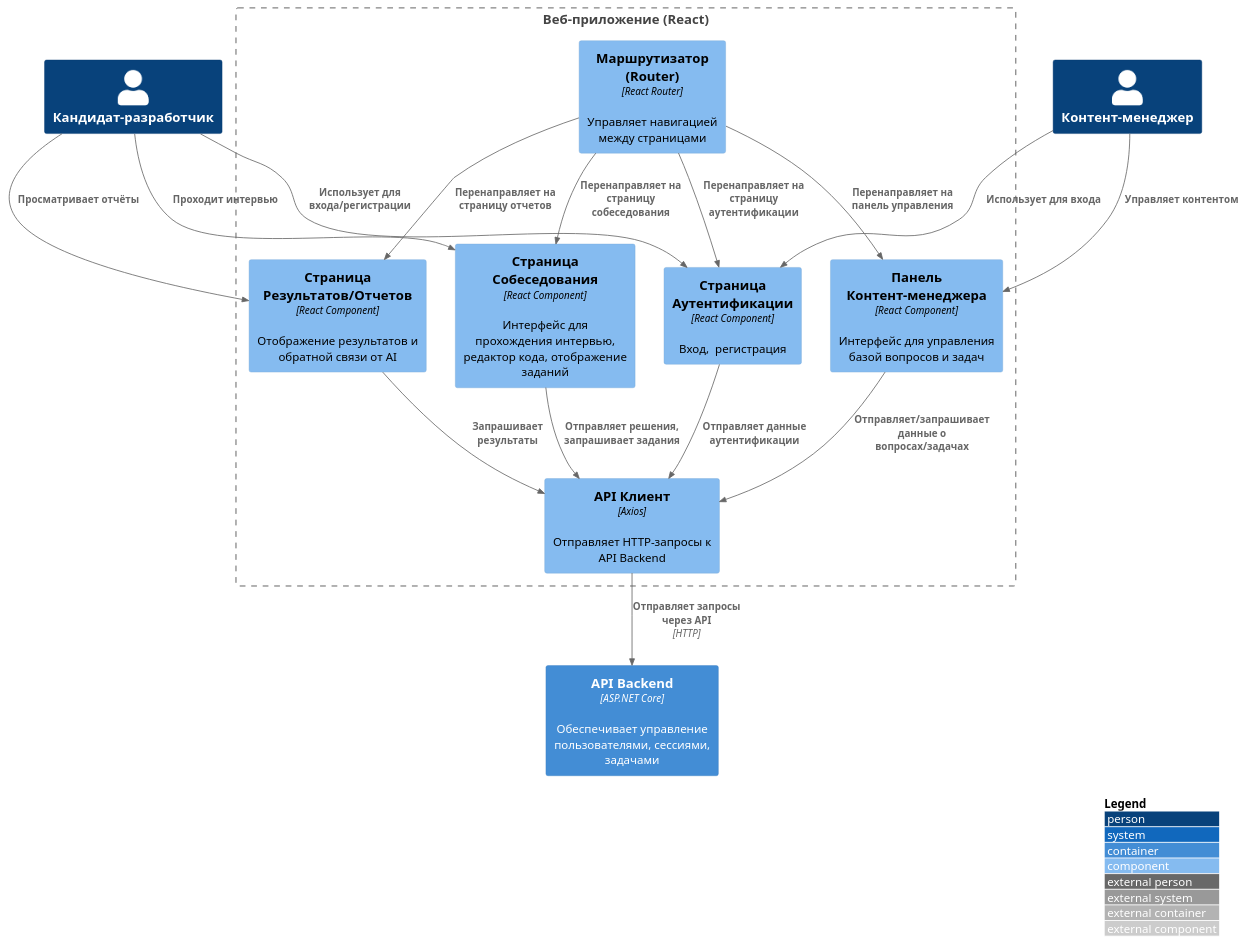
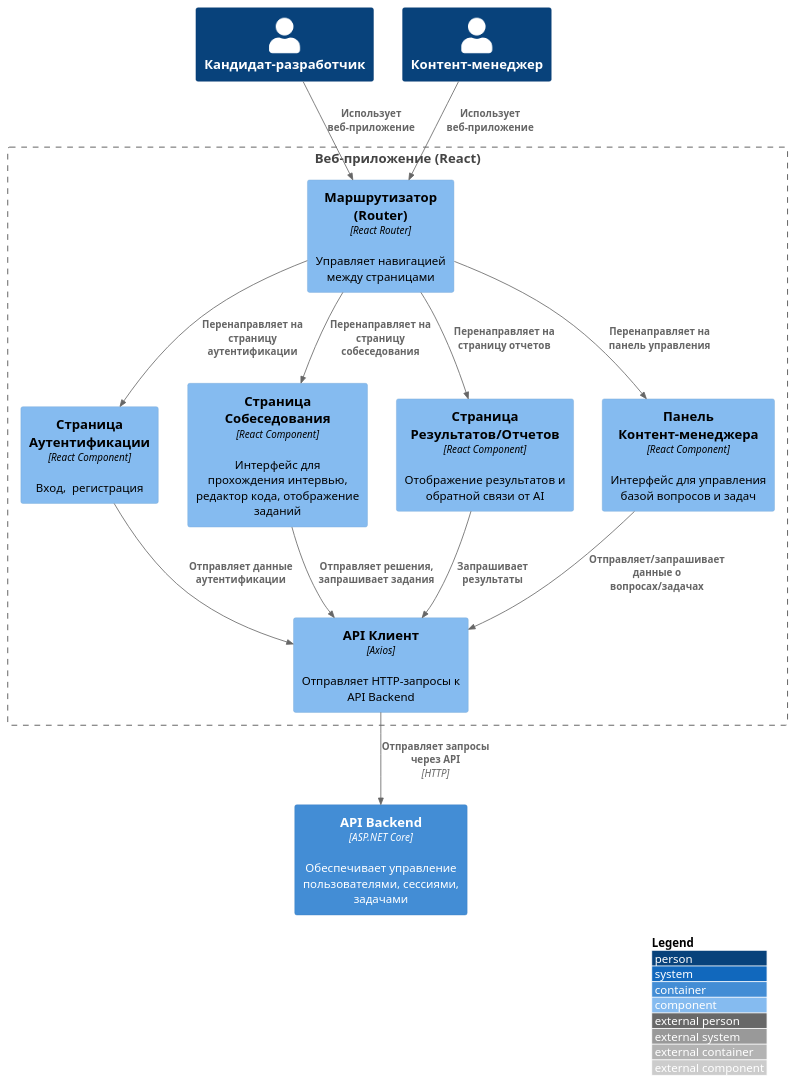
Before and after one commit to MLeontev/HSE_Architecture: the diagram in Lab Work №2/Docs/C4/Components/Frontend/components_frontend.puml, drawn with PlantUML. The commit also changed 1 other file, not shown here.

Commit message:
Исправил диаграмму компонентов (фронтенд)

```diff
--- a/Lab Work №2/Docs/C4/Components/Frontend/components_frontend.puml
+++ b/Lab Work №2/Docs/C4/Components/Frontend/components_frontend.puml
@@ -1,43 +1,39 @@
 @startuml Components_Frontend
 !include https://raw.githubusercontent.com/plantuml-stdlib/C4-PlantUML/master/C4_Component.puml
 
 Person(candidate, "Кандидат-разработчик")
 Person(contentManager, "Контент-менеджер")
 
 Boundary(webApp, "Веб-приложение (React)") {
     Component(router, "Маршрутизатор (Router)", "React Router", "Управляет навигацией между страницами")
     
     Component(apiClient, "API Клиент", "Axios", "Отправляет HTTP-запросы к API Backend")
     
     Component(authPage, "Страница Аутентификации", "React Component", "Вход,  регистрация")
     
     Component(interviewPage, "Страница Собеседования", "React Component", "Интерфейс для прохождения интервью, редактор кода, отображение заданий")
     
     Component(reportPage, "Страница Результатов/Отчетов", "React Component", "Отображение результатов и обратной связи от AI")
     
     Component(contentManagerPanel, "Панель Контент-менеджера", "React Component", "Интерфейс для управления базой вопросов и задач")
 }
 
 Container(apiBackend, "API Backend", "ASP.NET Core", "Обеспечивает управление пользователями, сессиями, задачами")
 
-Rel(candidate, authPage, "Использует для входа/регистрации")
-Rel(candidate, interviewPage, "Проходит интервью")
-Rel(candidate, reportPage, "Просматривает отчёты")
-
-Rel(contentManager, authPage, "Использует для входа")
-Rel(contentManager, contentManagerPanel, "Управляет контентом")
+Rel(candidate, router, "Использует веб-приложение")
+Rel(contentManager, router, "Использует веб-приложение")
 
 Rel(router, authPage, "Перенаправляет на страницу аутентификации")
 Rel(router, interviewPage, "Перенаправляет на страницу собеседования")
 Rel(router, reportPage, "Перенаправляет на страницу отчетов")
 Rel(router, contentManagerPanel, "Перенаправляет на панель управления")
 
 Rel(authPage, apiClient, "Отправляет данные аутентификации")
 Rel(interviewPage, apiClient, "Отправляет решения, запрашивает задания")
 Rel(reportPage, apiClient, "Запрашивает результаты")
 Rel(contentManagerPanel, apiClient, "Отправляет/запрашивает данные о вопросах/задачах")
 
 Rel(apiClient, apiBackend, "Отправляет запросы через API", "HTTP")
 
 LAYOUT_WITH_LEGEND()
 @enduml
```
